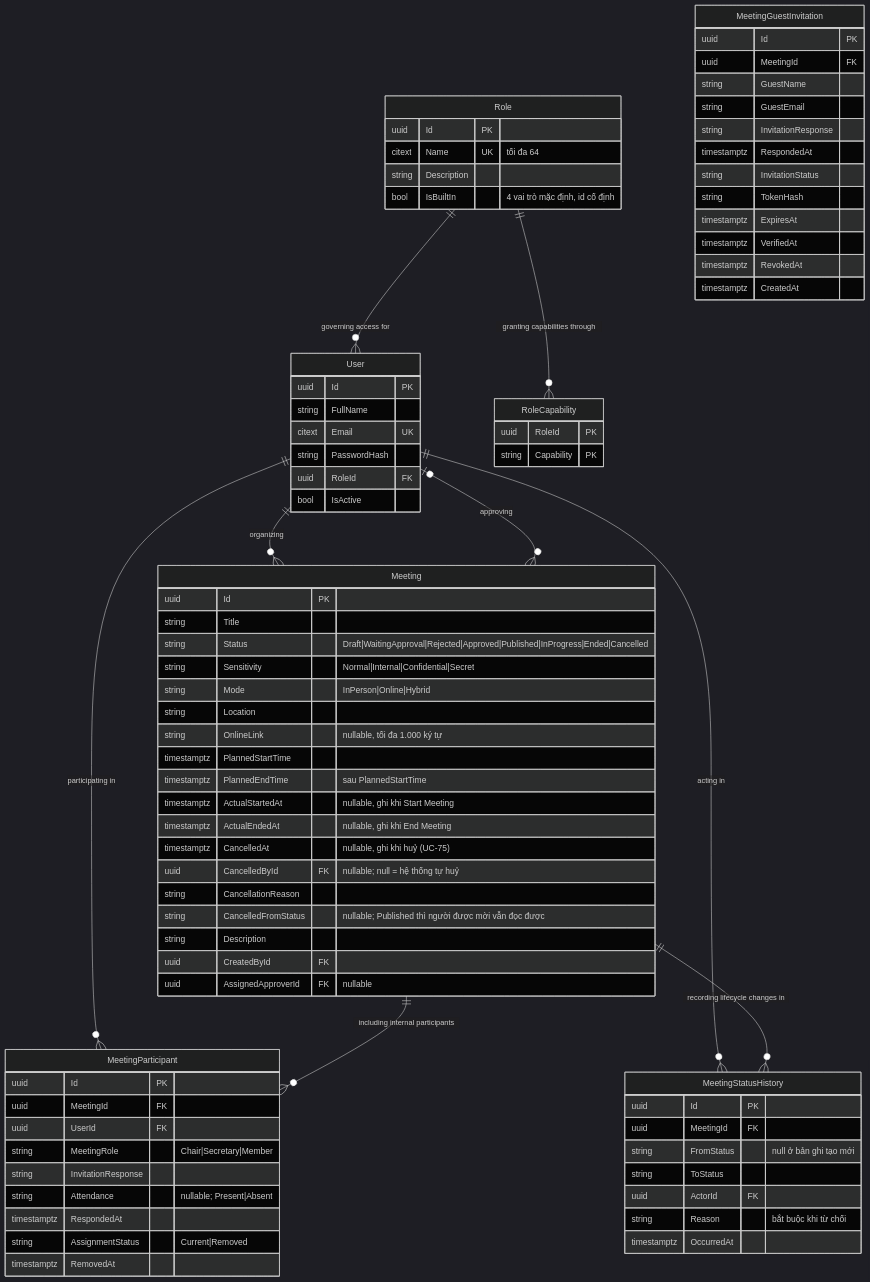
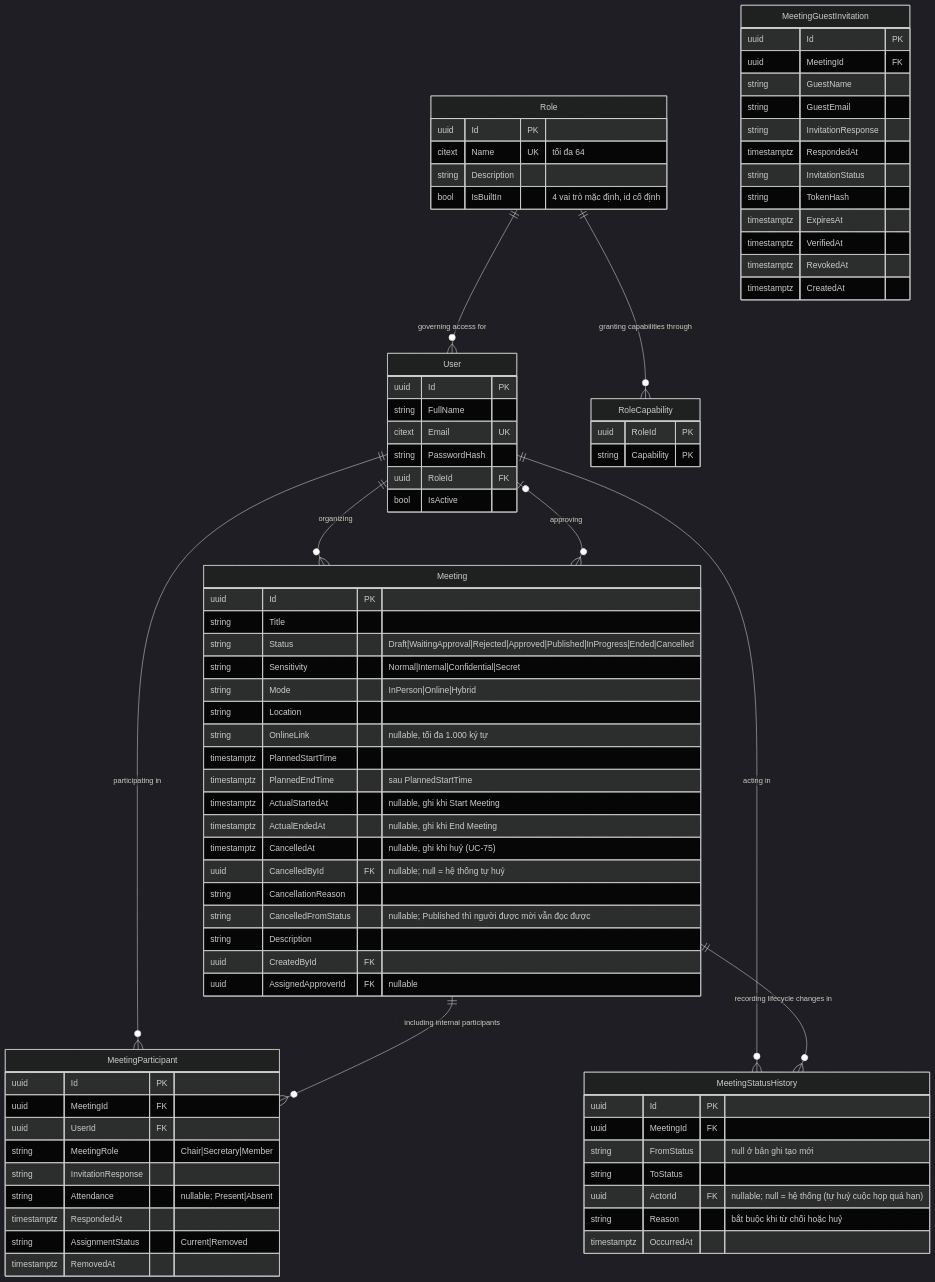
One commit to callmehai/FU-FA26-G116 changed the first of 6 diagrams in docs/02-design/02-erd.md. Above: the diagram before and after it, drawn with Mermaid (dark theme). The commit also changed other lines of this file and 13 other files, not shown here.

```diff
--- a/docs/02-design/02-erd.md
+++ b/docs/02-design/02-erd.md
@@ -148,8 +148,8 @@
         uuid MeetingId FK
         string FromStatus "null ở bản ghi tạo mới"
         string ToStatus
-        uuid ActorId FK
-        string Reason "bắt buộc khi từ chối"
+        uuid ActorId FK "nullable; null = hệ thống (tự huỷ cuộc họp quá hạn)"
+        string Reason "bắt buộc khi từ chối hoặc huỷ"
         timestamptz OccurredAt
     }
     MeetingGuestInvitation {
```
